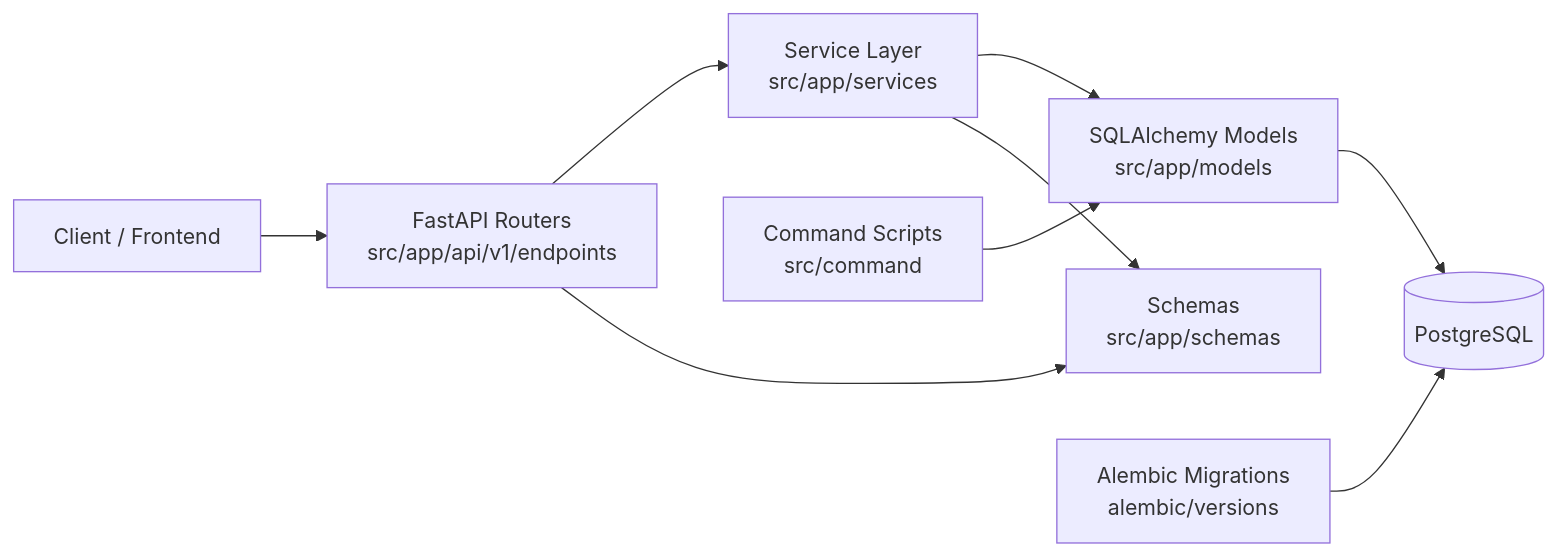
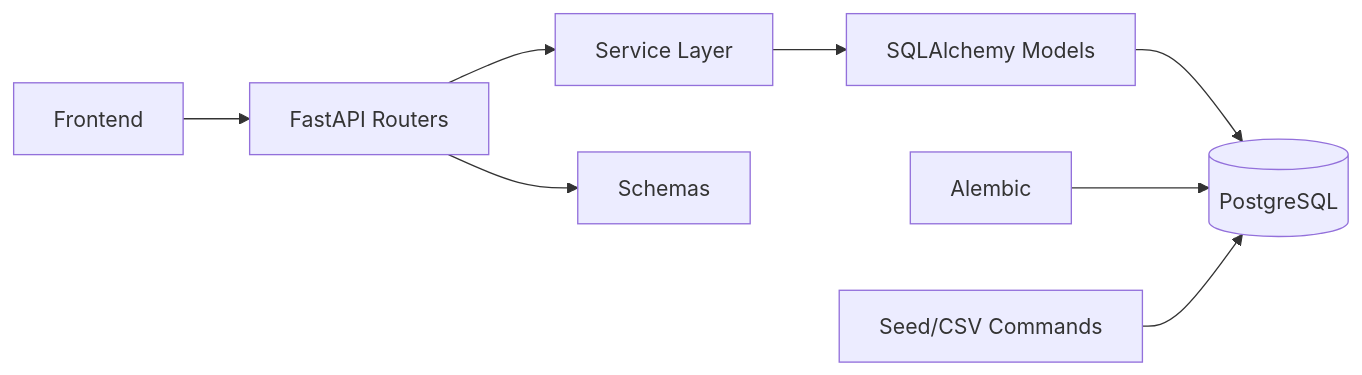
The first of 5 diagrams in README.md (Asoatram/TeknologiGlobalAssesment), drawn with Mermaid before and after one commit. The commit also changed other lines of this file, not shown here.

Commit message:
docs: simplify README with diagram-first architecture

````diff
--- a/README.md
+++ b/README.md
@@ -16,13 +7,10 @@
 ```mermaid
 flowchart LR
-    C[Client / Frontend] --> R[FastAPI Routers\nsrc/app/api/v1/endpoints]
-    R --> S[Service Layer\nsrc/app/services]
-    S --> M[SQLAlchemy Models\nsrc/app/models]
-    M --> DB[(PostgreSQL)]
-
-    R --> SC[Schemas\nsrc/app/schemas]
-    S --> SC
-
-    CMD[Command Scripts\nsrc/command] --> M
-    MIG[Alembic Migrations\nalembic/versions] --> DB
+    UI[Frontend] --> API[FastAPI Routers]
+    API --> SVC[Service Layer]
+    SVC --> ORM[SQLAlchemy Models]
+    ORM --> DB[(PostgreSQL)]
+    API --> DTO[Schemas]
+    MIG[Alembic] --> DB
+    CMD[Seed/CSV Commands] --> DB
 ```
````
